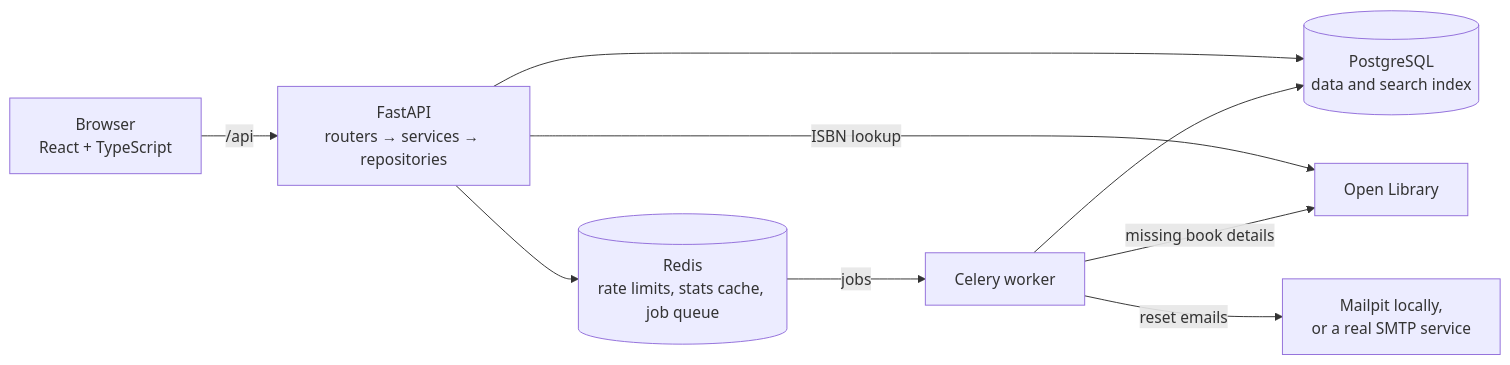
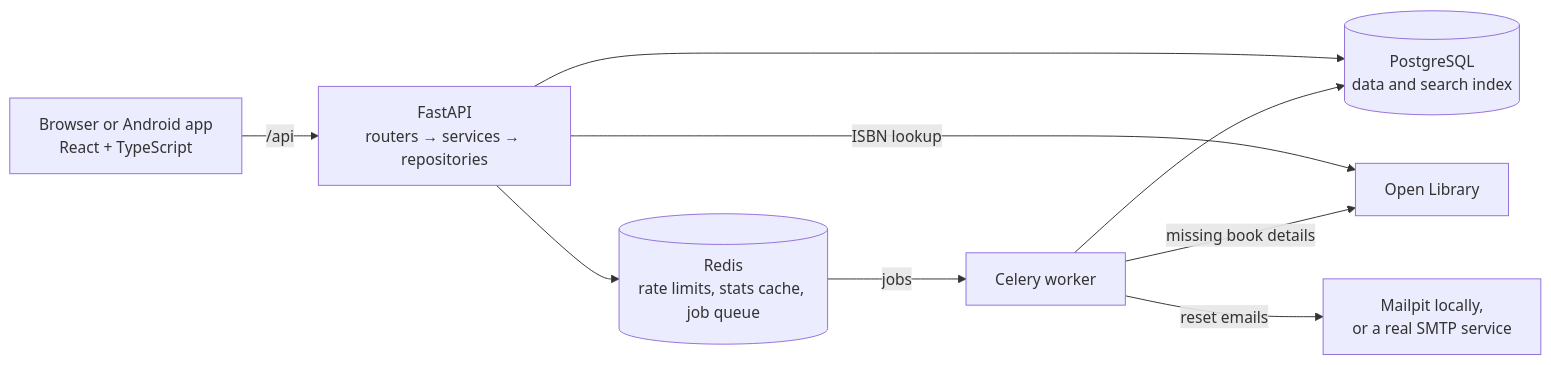
One commit to naveenkumarb-tech/noolagam changed the first of 2 diagrams in README.md. Above: the diagram before and after it, drawn with Mermaid. The commit also changed other lines of this file and 86 other files, not shown here.

First line of the commit message:
feat: add Android app with Capacitor

````diff
--- a/README.md
+++ b/README.md
@@ -37,11 +41,11 @@
 ```mermaid
 flowchart LR
-    client["Browser<br/>React + TypeScript"] -->|"/api"| api["FastAPI<br/>routers → services → repositories"]
+    client["Browser or Android app<br/>React + TypeScript"] -->|"/api"| api["FastAPI<br/>routers → services → repositories"]
     api --> db[("PostgreSQL<br/>data and search index")]
     api --> redis[("Redis<br/>rate limits, stats cache, job queue")]
     api -->|ISBN lookup| ol["Open Library"]
     redis -->|jobs| worker["Celery worker"]
     worker --> db
     worker -->|missing book details| ol
     worker -->|reset emails| smtp["Mailpit locally,<br/>or a real SMTP service"]
 ```
````
